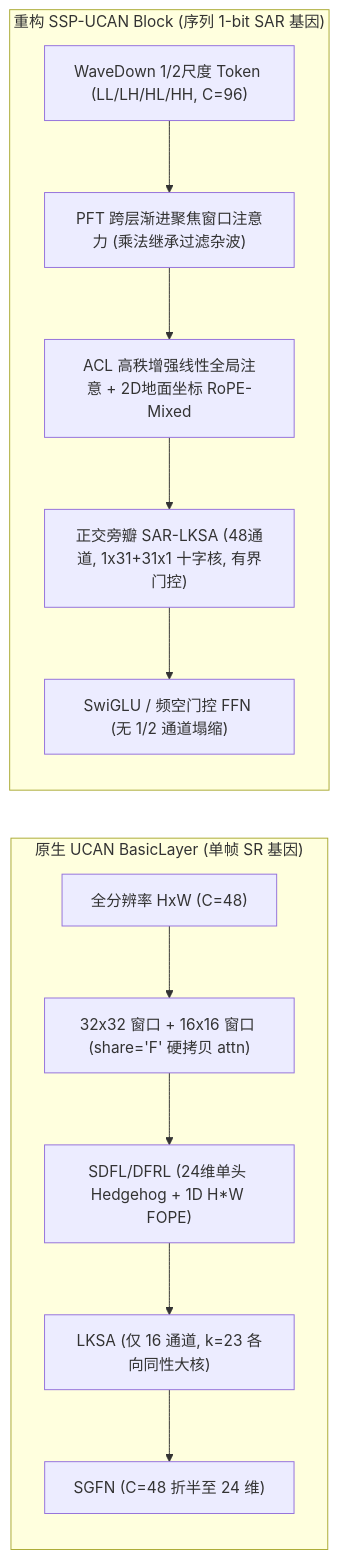
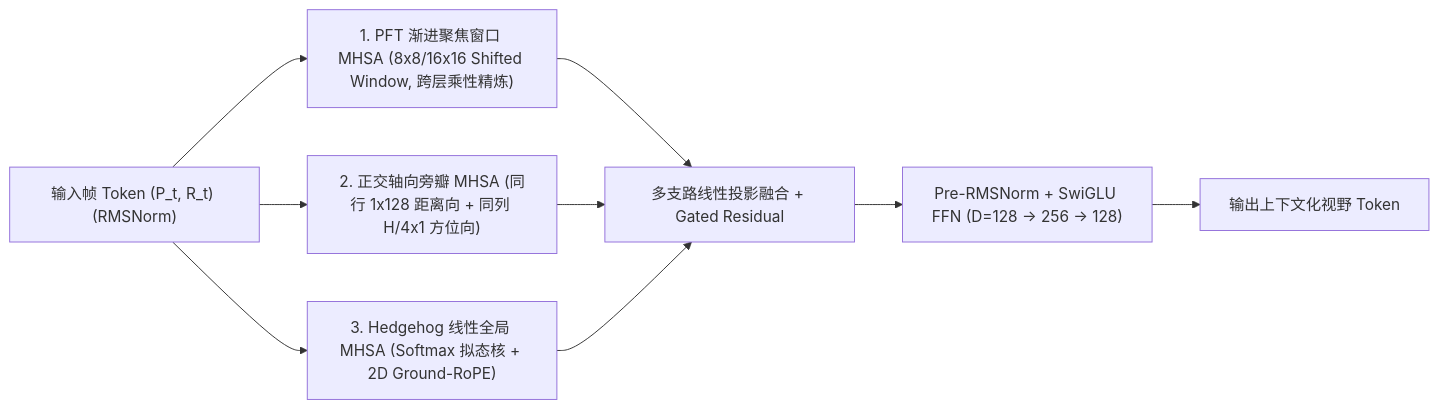
Before and after one commit to deathend110/SAR_Sequence_Restore: the third of 5 diagrams in docs/架构设计B_从基础UCAN与序列恢复重构.md, drawn with Mermaid. The commit also changed other lines of this file, not shown here.

Commit message:
按纯净Transformer血统重构方案B设计文档（GGT-UCAN）

````diff
--- a/docs/架构设计B_从基础UCAN与序列恢复重构.md
+++ b/docs/架构设计B_从基础UCAN与序列恢复重构.md
@@ -67,16 +64,11 @@
 ```mermaid
 flowchart LR
-    subgraph RAW_UCAN["原生 UCAN BasicLayer (单帧 SR 基因)"]
-        U_IN["全分辨率 HxW (C=48)"] --> U_WIN["32x32 窗口 + 16x16 窗口 (share='F' 硬拷贝 attn)"]
-        U_WIN --> U_LIN["SDFL/DFRL (24维单头 Hedgehog + 1D H*W FOPE)"]
-        U_LIN --> U_LK["LKSA (仅 16 通道, k=23 各向同性大核)"]
-        U_LK --> U_SGFN["SGFN (C=48 折半至 24 维)"]
-    end
-
-    subgraph SSP_UCAN["重构 SSP-UCAN Block (序列 1-bit SAR 基因)"]
-        S_IN["WaveDown 1/2尺度 Token (LL/LH/HL/HH, C=96)"] --> S_PFT["PFT 跨层渐进聚焦窗口注意力 (乘法继承过滤杂波)"]
-        S_PFT --> S_ACL["ACL 高秩增强线性全局注意 + 2D地面坐标 RoPE-Mixed"]
-        S_ACL --> S_LK["正交旁瓣 SAR-LKSA (48通道, 1x31+31x1 十字核, 有界门控)"]
-        S_LK --> S_FFN["SwiGLU / 频空门控 FFN (无 1/2 通道塌缩)"]
-    end
+    X_IN["输入帧 Token (P_t, R_t) (RMSNorm)"] --> B1["1. PFT 渐进聚焦窗口 MHSA (8x8/16x16 Shifted Window, 跨层乘性精炼)"]
+    X_IN --> B2["2. 正交轴向旁瓣 MHSA (同行 1x128 距离向 + 同列 H/4x1 方位向)"]
+    X_IN --> B3["3. Hedgehog 线性全局 MHSA (Softmax 拟态核 + 2D Ground-RoPE)"]
+    B1 --> CAT["多支路线性投影融合 + Gated Residual"]
+    B2 --> CAT
+    B3 --> CAT
+    CAT --> FFN["Pre-RMSNorm + SwiGLU FFN (D=128 -> 256 -> 128)"]
+    FFN --> X_OUT["输出上下文化视野 Token"]
 ```
````
